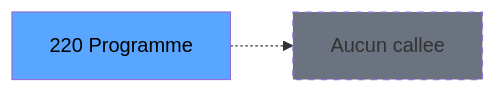
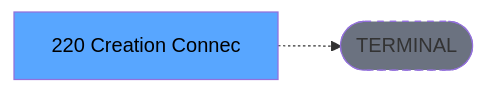
One commit to thonyAGP/lecteur-magic changed the third of 3 diagrams in .openspec/renders/ADH-IDE-220.md. Above: the diagram before and after it, drawn with Mermaid. The commit also changed other lines of this file and 701 other files, not shown here.

````diff
--- a/.openspec/renders/ADH-IDE-220.md
+++ b/.openspec/renders/ADH-IDE-220.md
@@ -124,8 +134,8 @@
 ```mermaid
 graph LR
-    T[220 Programme]
-    NONE[Aucun callee]
-    T -.-> NONE
+    T[220 Creation Connec]
+    TERM([TERMINAL])
+    T -.-> TERM
+    style TERM fill:#6b7280,stroke-dasharray: 5 5
     style T fill:#58a6ff,color:#000
-    style NONE fill:#6b7280,stroke-dasharray: 5 5
 ```
````
